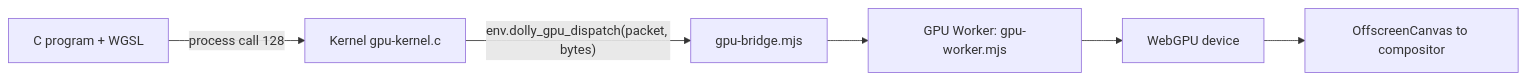
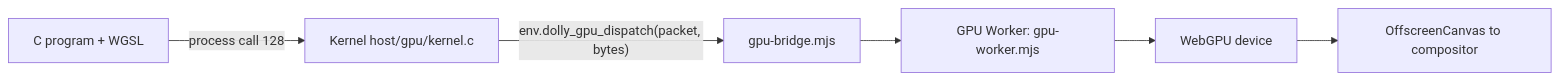
The diagram in docs/gpu.md (daugasauron/dolly), drawn with Mermaid before and after one commit. The commit also changed other lines of this file and 10 other files, not shown here.

````diff
--- a/docs/gpu.md
+++ b/docs/gpu.md
@@ -8,7 +8,7 @@
 ```mermaid
 flowchart LR
-  prog["C program + WGSL"] -- "process call 128" --> kernel["Kernel gpu-kernel.c"]
+  prog["C program + WGSL"] -- "process call 128" --> kernel["Kernel host/gpu/kernel.c"]
   kernel -- "env.dolly_gpu_dispatch(packet, bytes)" --> bridge["gpu-bridge.mjs"]
   bridge --> worker["GPU Worker: gpu-worker.mjs"]
   worker --> webgpu["WebGPU device"] --> canvas["OffscreenCanvas to compositor"]
 ```
````
